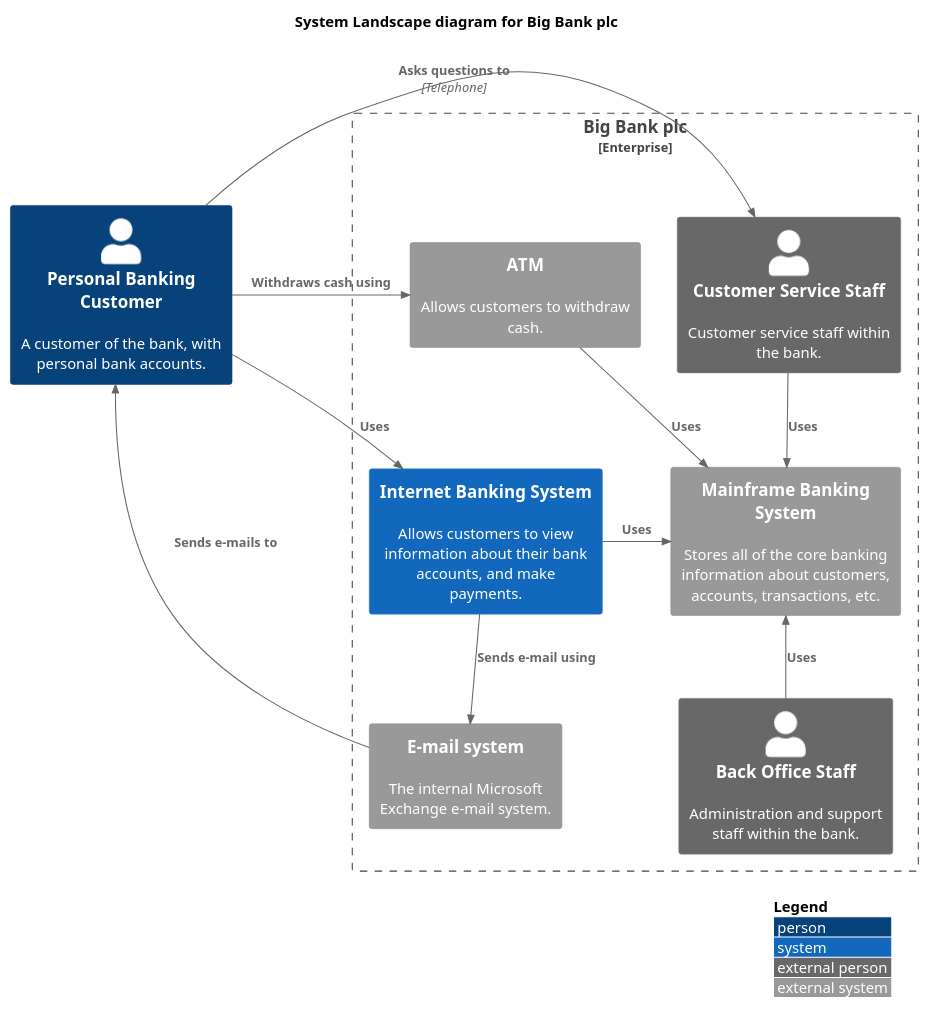
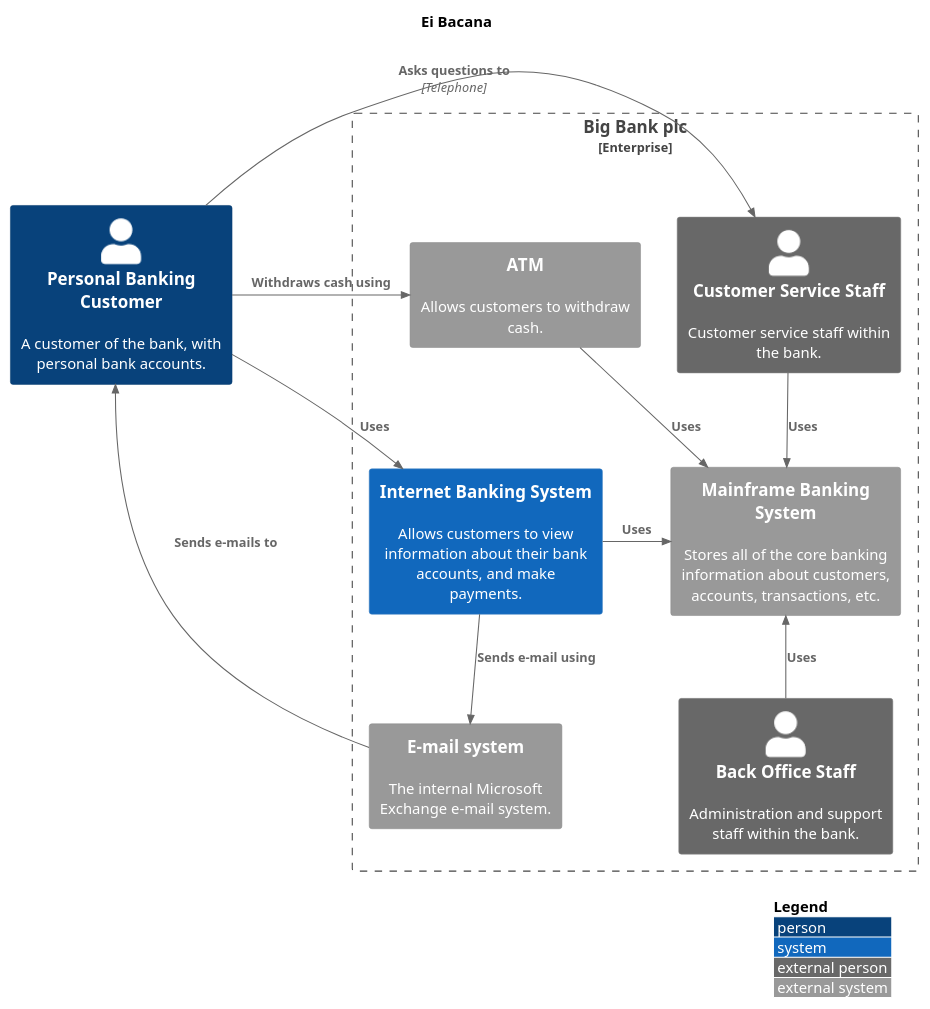
One commit to pablicio/c4-model-service-test changed the diagram in sophya-docs/context/diagram1.puml. Above: the diagram before and after it, drawn with PlantUML. The commit also changed 3 other files, not shown here.

```diff
--- a/sophya-docs/context/diagram1.puml
+++ b/sophya-docs/context/diagram1.puml
@@ -1,43 +1,43 @@
 @startuml
 !include https://raw.githubusercontent.com/plantuml-stdlib/C4-PlantUML/master/C4_Context.puml
 ' uncomment the following line and comment the first to use locally
 ' !include C4_Context.puml
 
 
 'LAYOUT_TOP_DOWN()
 'LAYOUT_AS_SKETCH()
 LAYOUT_WITH_LEGEND()
 
-title System Landscape diagram for Big Bank plc
+title Ei Bacana
 
 Person(customer, "Personal Banking Customer", "A customer of the bank, with personal bank accounts.")
 
 Enterprise_Boundary(c0, "Big Bank plc") {
     System(banking_system, "Internet Banking System", "Allows customers to view information about their bank accounts, and make payments.")
 
     System_Ext(atm, "ATM", "Allows customers to withdraw cash.")
     System_Ext(mail_system, "E-mail system", "The internal Microsoft Exchange e-mail system.")
 
     System_Ext(mainframe, "Mainframe Banking System", "Stores all of the core banking information about customers, accounts, transactions, etc.")
 
     Person_Ext(customer_service, "Customer Service Staff", "Customer service staff within the bank.")
     Person_Ext(back_office, "Back Office Staff", "Administration and support staff within the bank.")
 }
 
 Rel_Neighbor(customer, banking_system, "Uses")
 Rel_R(customer, atm, "Withdraws cash using")
 Rel_Back(customer, mail_system, "Sends e-mails to")
 
 Rel_R(customer, customer_service, "Asks questions to", "Telephone")
 
 Rel_D(banking_system, mail_system, "Sends e-mail using")
 Rel_R(atm, mainframe, "Uses")
 Rel_R(banking_system, mainframe, "Uses")
 Rel_D(customer_service, mainframe, "Uses")
 Rel_U(back_office, mainframe, "Uses")
 
 Lay_D(atm, banking_system)
 
 Lay_D(atm, customer)
 Lay_U(mail_system, customer)
 @enduml
```
